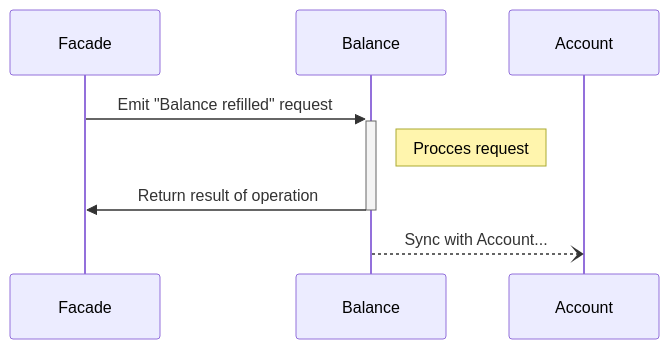
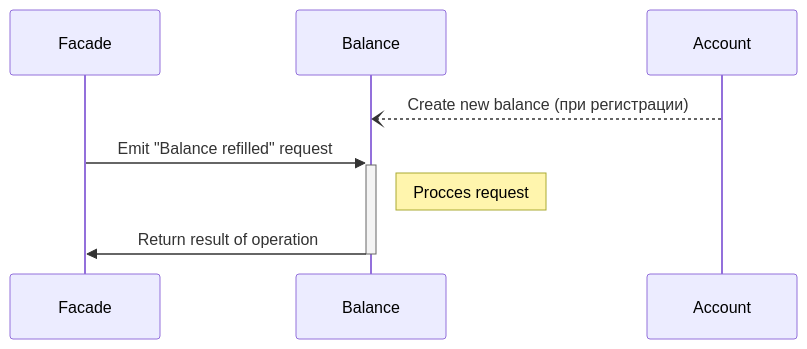
The diagram in doc/0002-adr-account-refill.md (epershinaass/exchange_typescript), drawn with Mermaid before and after one commit. The commit also changed other lines of this file, not shown here.

Commit message:
docs: update ADR account refill

````diff
--- a/doc/0002-adr-account-refill.md
+++ b/doc/0002-adr-account-refill.md
@@ -26,10 +26,10 @@
 ```mermaid
 sequenceDiagram
 participant F as Facade
 participant B as Balance
 participant A as Account
+  A--)B: Create new balance (при регистрации)
   F->>+B: Emit "Balance refilled" request
   Note right of B: Procces request
   B->>-F: Return result of operation
-  B--)A: Sync with Account...
 ```
````
